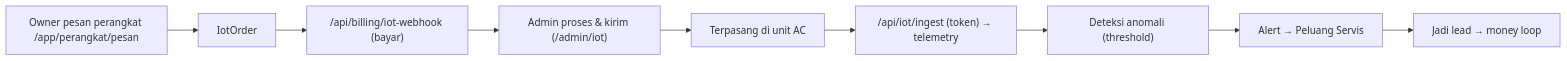
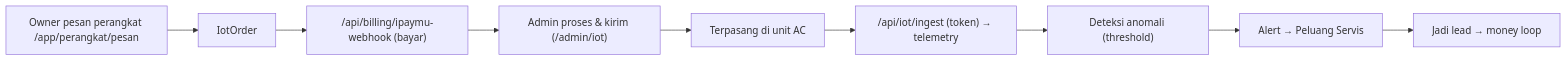
The seventh of 10 diagrams in docs/ALUR_APLIKASI.md (ryanandrian/aircon), drawn with Mermaid before and after one commit. The commit also changed other lines of this file and 119 other files, not shown here.

````diff
--- a/docs/ALUR_APLIKASI.md
+++ b/docs/ALUR_APLIKASI.md
@@ -253,11 +253,11 @@
 ```mermaid
 flowchart LR
   ORDER["Owner pesan perangkat /app/perangkat/pesan"] --> IOTORD["IotOrder"]
-  IOTORD --> IWH["/api/billing/iot-webhook (bayar)"]
+  IOTORD --> IWH["/api/billing/ipaymu-webhook (bayar)"]
   IWH --> SHIP["Admin proses & kirim (/admin/iot)"]
   SHIP --> INSTALL["Terpasang di unit AC"]
   INSTALL --> INGEST["/api/iot/ingest (token) → telemetry"]
   INGEST --> DETECT["Deteksi anomali (threshold)"]
   DETECT --> ALERT["Alert → Peluang Servis"]
   ALERT --> LEAD["Jadi lead → money loop"]
 ```
````
